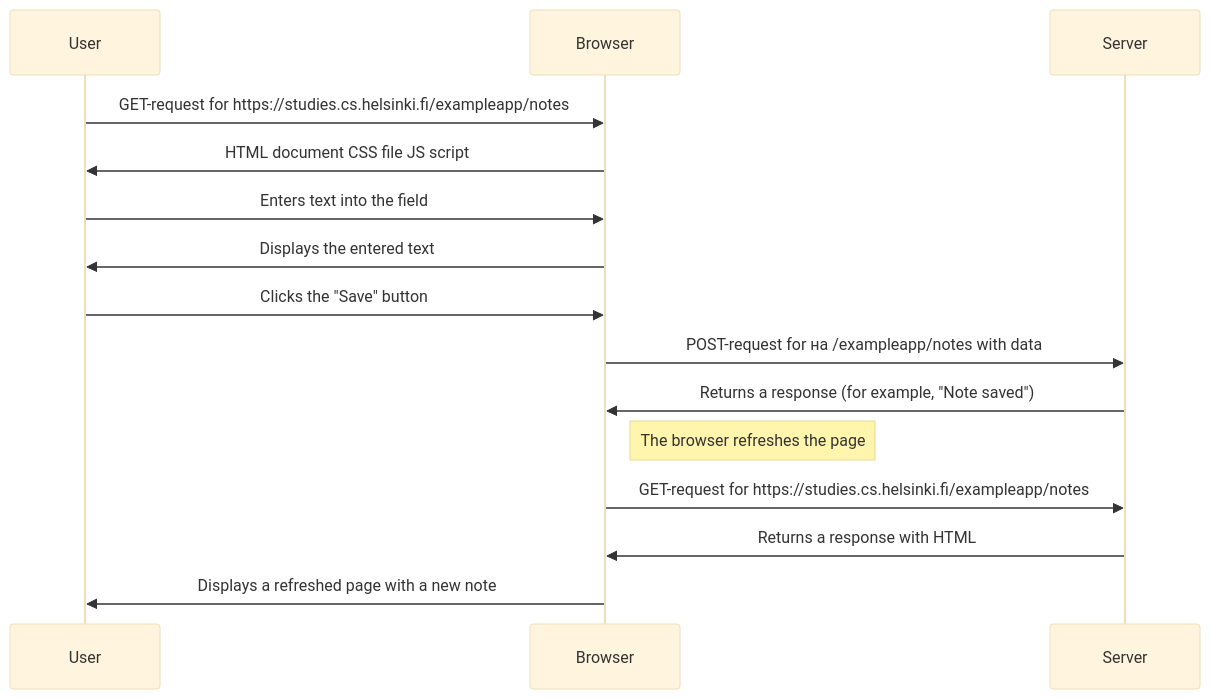
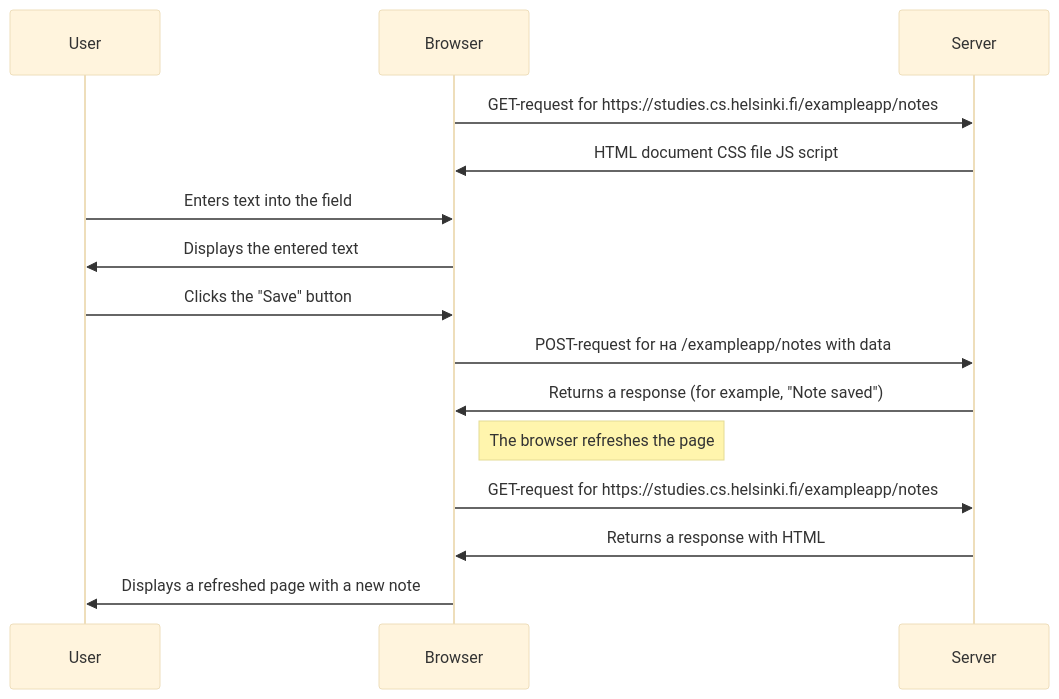
The diagram in README.md (iFrodo/fullstackopen), drawn with Mermaid (base theme) before and after one commit.

````diff
--- a/README.md
+++ b/README.md
@@ -1,23 +1,23 @@
 ``` mermaid
 sequenceDiagram
     participant User
     participant Browser
     participant Server
 
-    User->>Browser: GET-request for https://studies.cs.helsinki.fi/exampleapp/notes
-    Browser->>User: HTML document CSS file JS script 
+    Browser->>Server: GET-request for https://studies.cs.helsinki.fi/exampleapp/notes
+    Server->>Browser: HTML document CSS file JS script 
 
     User->>Browser: Enters text into the field
     Browser->>User: Displays the entered text
 
     User->>Browser: Clicks the "Save" button
     Browser->>Server: POST-request for на /exampleapp/notes with data
     Server->>Browser: Returns a response (for example, "Note saved")
 
     Note right of Browser: The browser refreshes the page
     Browser->>Server: GET-request for https://studies.cs.helsinki.fi/exampleapp/notes
     Server->>Browser: Returns a response with HTML
     Browser->>User: Displays a refreshed page with a new note
 
 
 ```
````
